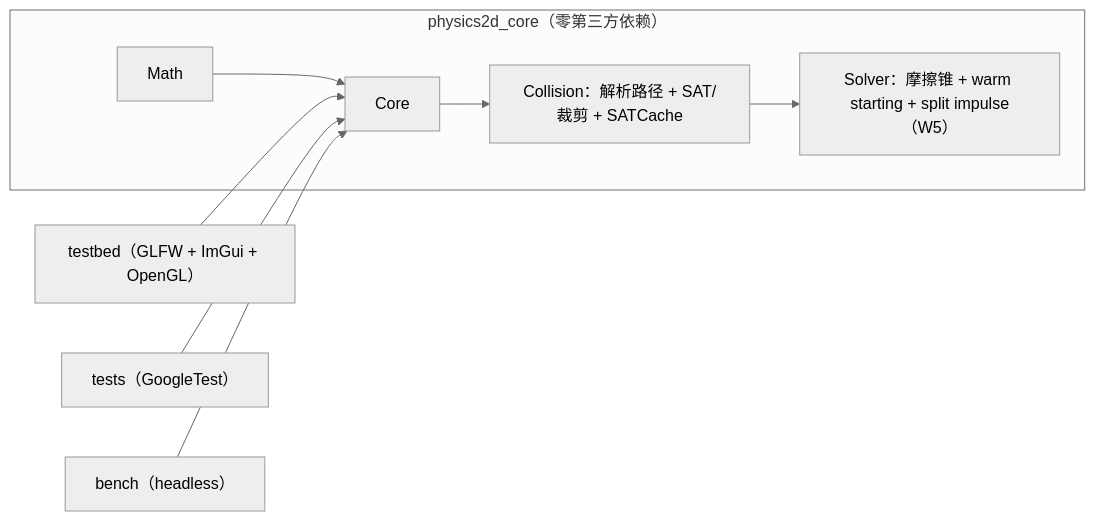
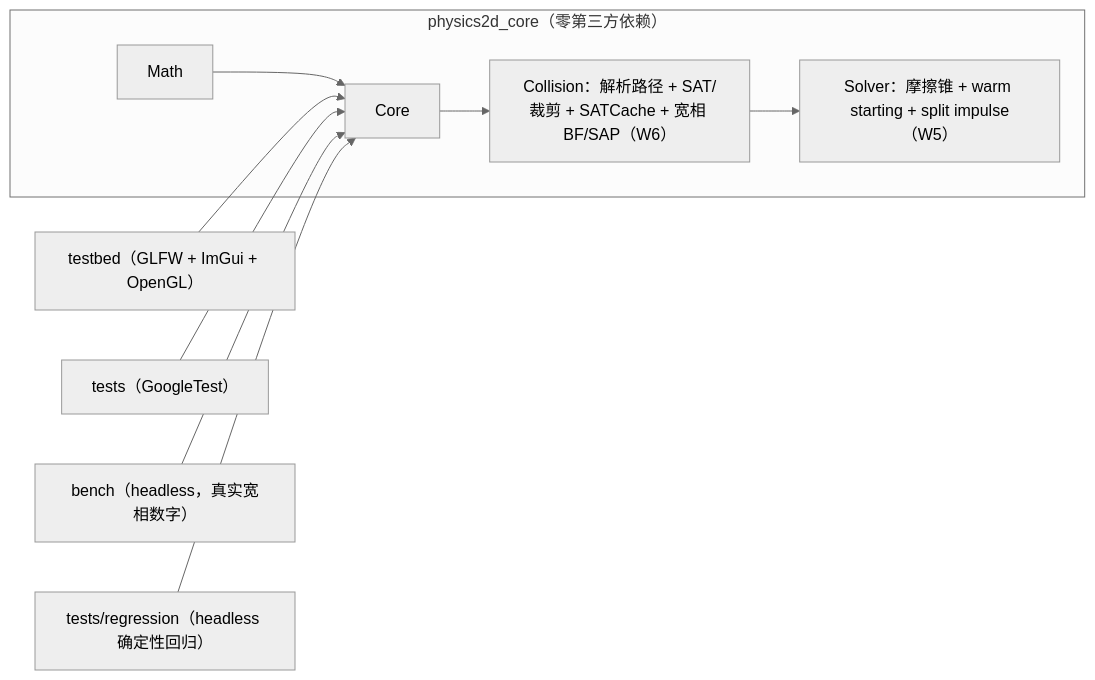
The diagram in README.md (baisctong/Physics2D), drawn with Mermaid (neutral theme) before and after one commit. The commit also changed other lines of this file and 7 other files, not shown here.

First line of the commit message:
docs: Week 6 devlog, roadmap, architecture, interface registry and Week 7 handoff

````diff
--- a/README.md
+++ b/README.md
@@ -69,11 +81,12 @@
 ```mermaid
 flowchart LR
     subgraph L1["physics2d_core（零第三方依赖）"]
         M["Math"] --> C["Core"]
-        C --> Col["Collision：解析路径 + SAT/裁剪 + SATCache"]
+        C --> Col["Collision：解析路径 + SAT/裁剪 + SATCache + 宽相 BF/SAP（W6）"]
         Col --> S["Solver：摩擦锥 + warm starting + split impulse（W5）"]
     end
     TB["testbed（GLFW + ImGui + OpenGL）"] --> C
     T["tests（GoogleTest）"] --> C
-    B["bench（headless）"] --> C
+    B["bench（headless，真实宽相数字）"] --> C
+    R["tests/regression（headless 确定性回归）"] --> C
 ```
````
